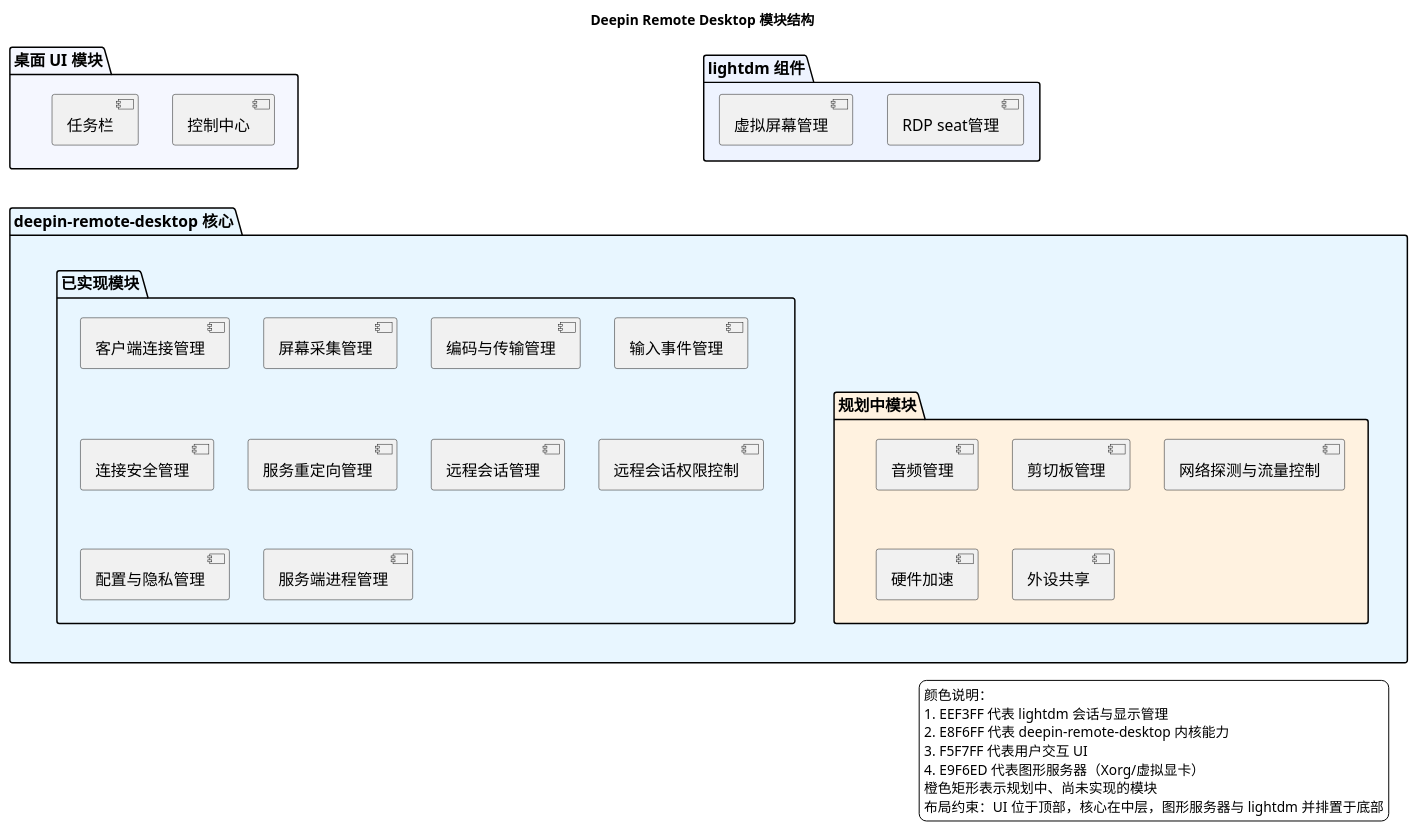
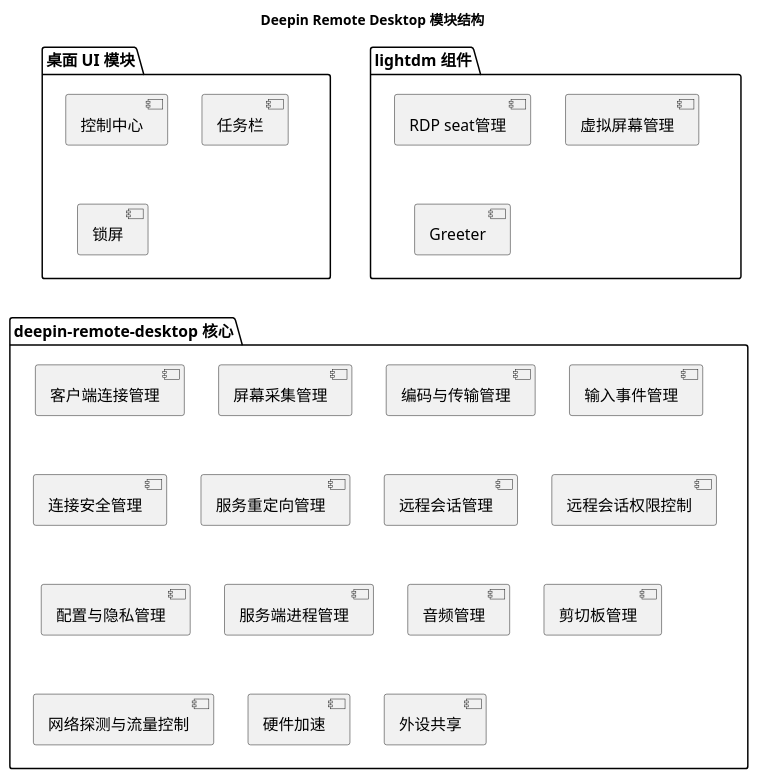
The diagram in doc/uml/deepin-remote-structure.puml (KT-lcz/deepin-remote-desktop), drawn with PlantUML before and after one commit. The commit also changed 8 other files, not shown here.

```diff
--- a/doc/uml/deepin-remote-structure.puml
+++ b/doc/uml/deepin-remote-structure.puml
@@ -1,51 +1,38 @@
 @startuml
-skinparam backgroundColor #FFFFFF
 skinparam defaultFontSize 16
 
 title Deepin Remote Desktop 模块结构
 
-legend right
-    颜色说明：
-    #EEF3FF 代表 lightdm 会话与显示管理
-    #E8F6FF 代表 deepin-remote-desktop 内核能力
-    #F5F7FF 代表用户交互 UI
-    #E9F6ED 代表图形服务器（Xorg/虚拟显卡）
-    橙色矩形表示规划中、尚未实现的模块
-    布局约束：UI 位于顶部，核心在中层，图形服务器与 lightdm 并排置于底部
-endlegend
-
-package "桌面 UI 模块" as pkg_ui #F5F7FF {
+package "桌面 UI 模块" as pkg_ui {
     component "控制中心"
     component "任务栏"
+    component "锁屏"
 }
 
-package "deepin-remote-desktop 核心" as pkg_drd #E8F6FF {
-    package "已实现模块" as done{
-      component "客户端连接管理"
-      component "屏幕采集管理"
-      component "编码与传输管理"
-      component "输入事件管理"
-      component "连接安全管理"
-      component "服务重定向管理"
-      component "远程会话管理"
-      component "远程会话权限控制"
-      component "配置与隐私管理"
-      component "服务端进程管理"
-    }
-    package "规划中模块" as backlog #FFF2E0 {
-        component "音频管理"
-        component "剪切板管理"
-        component "网络探测与流量控制"
-        component "硬件加速"
-        component "外设共享"
-    }
-    done -[hidden]down- backlog
+package "lightdm 组件" as pkg_lightdm {
+    component "RDP seat管理"
+    component "虚拟屏幕管理"
+    component "Greeter"
+}
+
+package "deepin-remote-desktop 核心" as pkg_drd {
+    component "客户端连接管理"
+    component "屏幕采集管理"
+    component "编码与传输管理"
+    component "输入事件管理"
+    component "连接安全管理"
+    component "服务重定向管理"
+    component "远程会话管理"
+    component "远程会话权限控制"
+    component "配置与隐私管理"
+    component "服务端进程管理"
+    component "音频管理"
+    component "剪切板管理"
+    component "网络探测与流量控制"
+    component "硬件加速"
+    component "外设共享"
 }
 pkg_ui -[hidden]down- pkg_drd
+pkg_lightdm -[hidden]down- pkg_drd
 
-
-package "lightdm 组件" as pkg_lightdm #EEF3FF {
-    component "RDP seat管理"
-    component "虚拟屏幕管理"
-}
 @enduml
```
